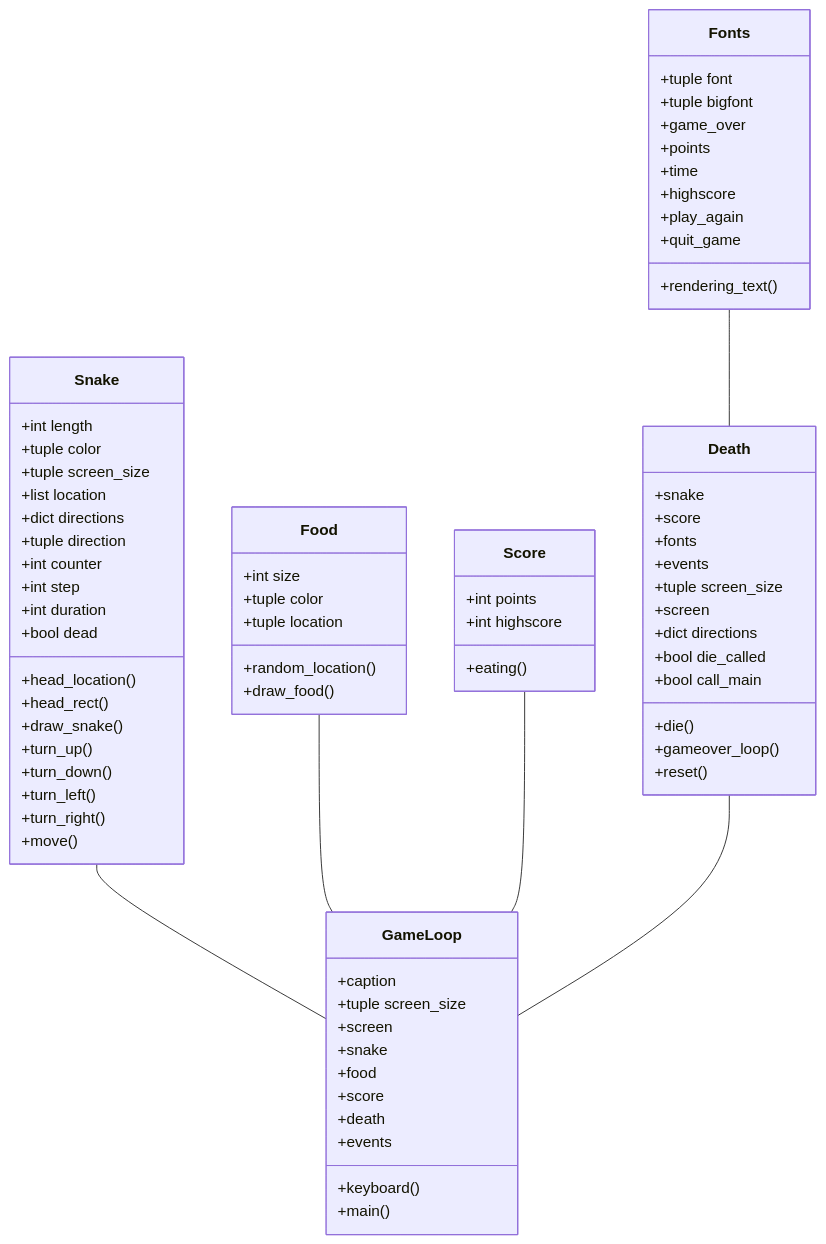
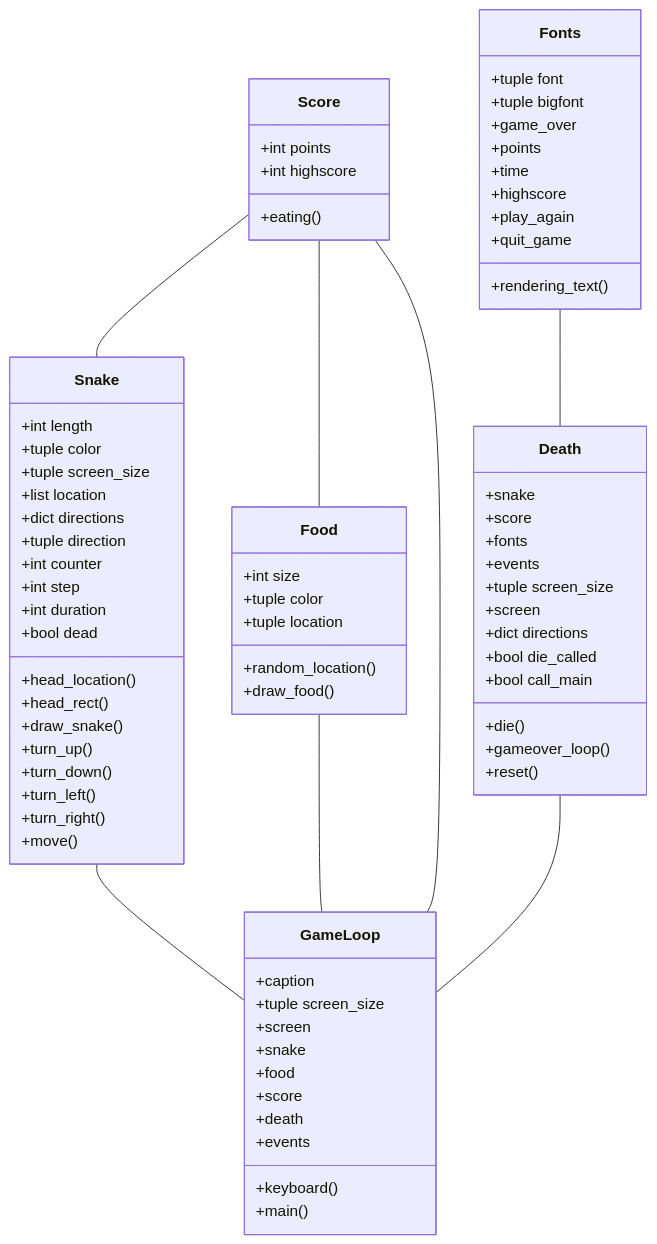
The first of 3 diagrams in dokumentaatio/arkkitehtuuri.md (lottapispa/ot-harjoitystyo), drawn with Mermaid before and after one commit.

````diff
--- a/dokumentaatio/arkkitehtuuri.md
+++ b/dokumentaatio/arkkitehtuuri.md
@@ -6,77 +6,79 @@
 ```mermaid
 classDiagram
     Snake -- GameLoop
     Food -- GameLoop
     Score -- GameLoop
     Death -- GameLoop
     Fonts -- Death
+    Score -- Snake
+    Score -- Food
     class Snake{
         +int length
         +tuple color
         +tuple screen_size
         +list location
         +dict directions
         +tuple direction
         +int counter
         +int step
         +int duration
         +bool dead
         +head_location()
         +head_rect()
         +draw_snake()
         +turn_up()
         +turn_down()
         +turn_left()
         +turn_right()
         +move()
     }
     class Food{
         +int size
         +tuple color
         +tuple location
         +random_location()
         +draw_food()
     }
     class Score{
         +int points
         +int highscore
         +eating()
     }
     class Death{
         +snake
         +score
         +fonts
         +events
         +tuple screen_size
         +screen
         +dict directions
         +bool die_called
         +bool call_main
         +die()
         +gameover_loop()
         +reset()
     }
     class Fonts{
         +tuple font
         +tuple bigfont
         +game_over
         +points
         +time
         +highscore
         +play_again
         +quit_game
         +rendering_text()
     }
     class GameLoop{
         +caption
         +tuple screen_size
         +screen
         +snake
         +food
         +score
         +death
         +events
         +keyboard()
         +main()
     }
 ```
````
